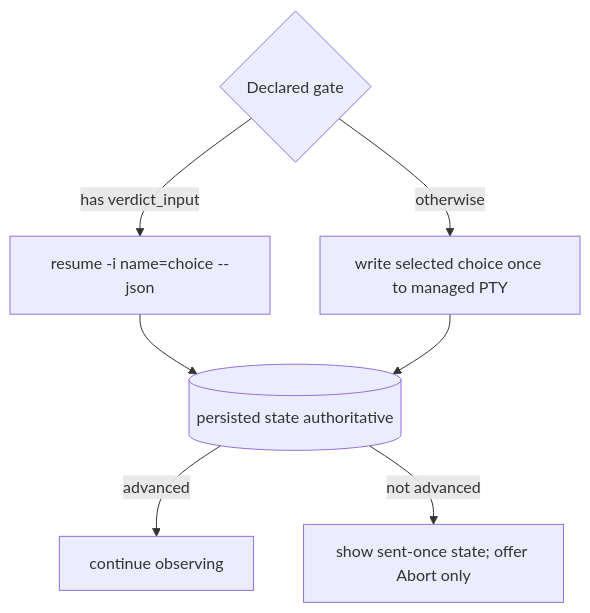
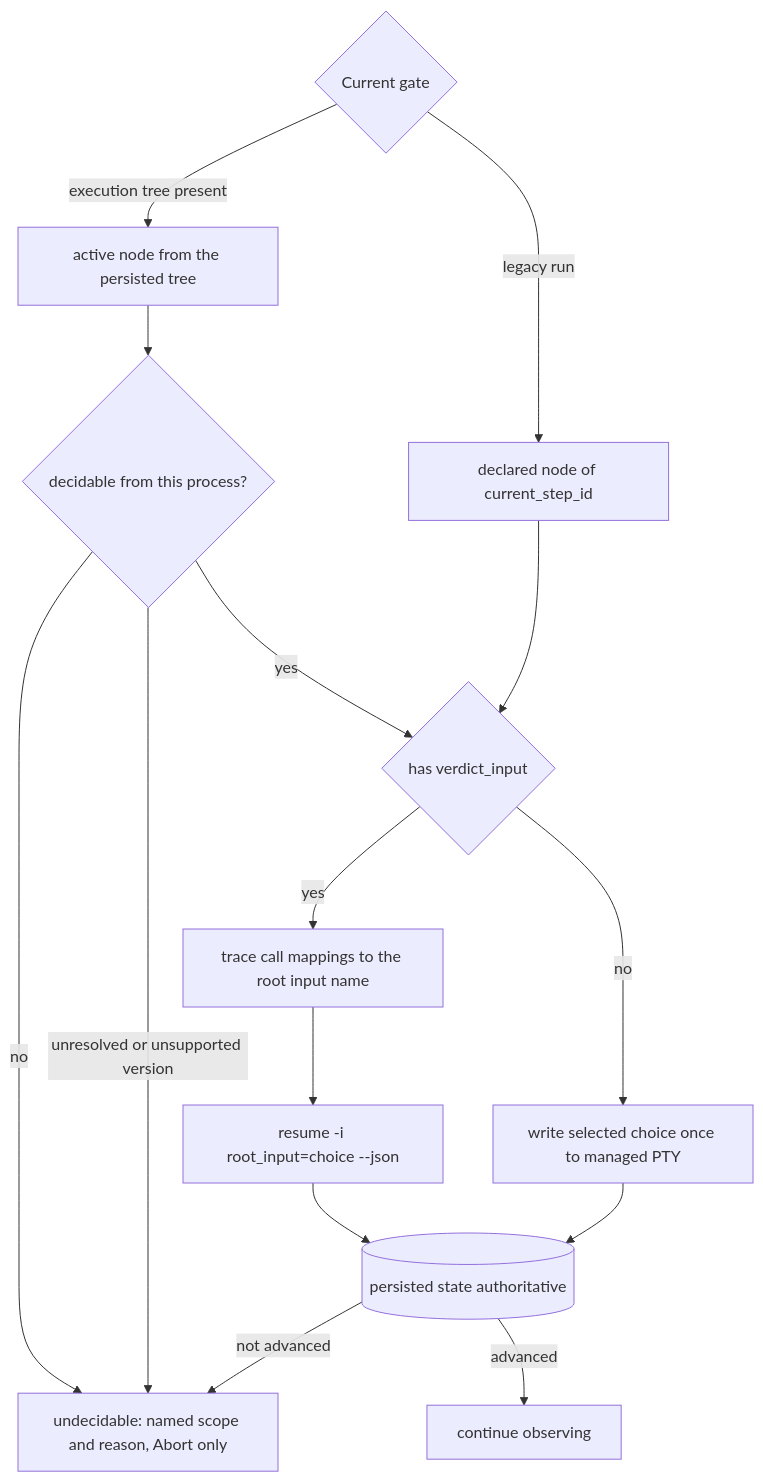
One commit to markuswondrak/spec-kit-workflow-cockpit changed the fourth of 6 diagrams in docs/architecture/06-runtime-view.md. Above: the diagram before and after it, drawn with Mermaid. The commit also changed other lines of this file and 95 other files, not shown here.

First line of the commit message:
feat: read the persisted execution tree for composed runs

````diff
--- a/docs/architecture/06-runtime-view.md
+++ b/docs/architecture/06-runtime-view.md
@@ -97,9 +97,17 @@
 ```mermaid
 flowchart TB
-    gate{Declared gate} -->|has verdict_input| structured[resume -i name=choice --json]
-    gate -->|otherwise| pty[write selected choice once to managed PTY]
+    gate{Current gate} -->|execution tree present| active[active node from the persisted tree]
+    gate -->|legacy run| declared[declared node of current_step_id]
+    active --> rules{decidable from this process?}
+    rules -->|no| abortOnly[undecidable: named scope and reason, Abort only]
+    rules -->|unresolved or unsupported version| abortOnly
+    rules -->|yes| kind{has verdict_input}
+    declared --> kind
+    kind -->|yes| trace[trace call mappings to the root input name]
+    trace --> structured[resume -i root_input=choice --json]
+    kind -->|no| pty[write selected choice once to managed PTY]
     structured --> persisted[(persisted state authoritative)]
     pty --> persisted
     persisted -->|advanced| observe[continue observing]
-    persisted -->|not advanced| abortOnly[show sent-once state; offer Abort only]
+    persisted -->|not advanced| abortOnly
 ```
````
